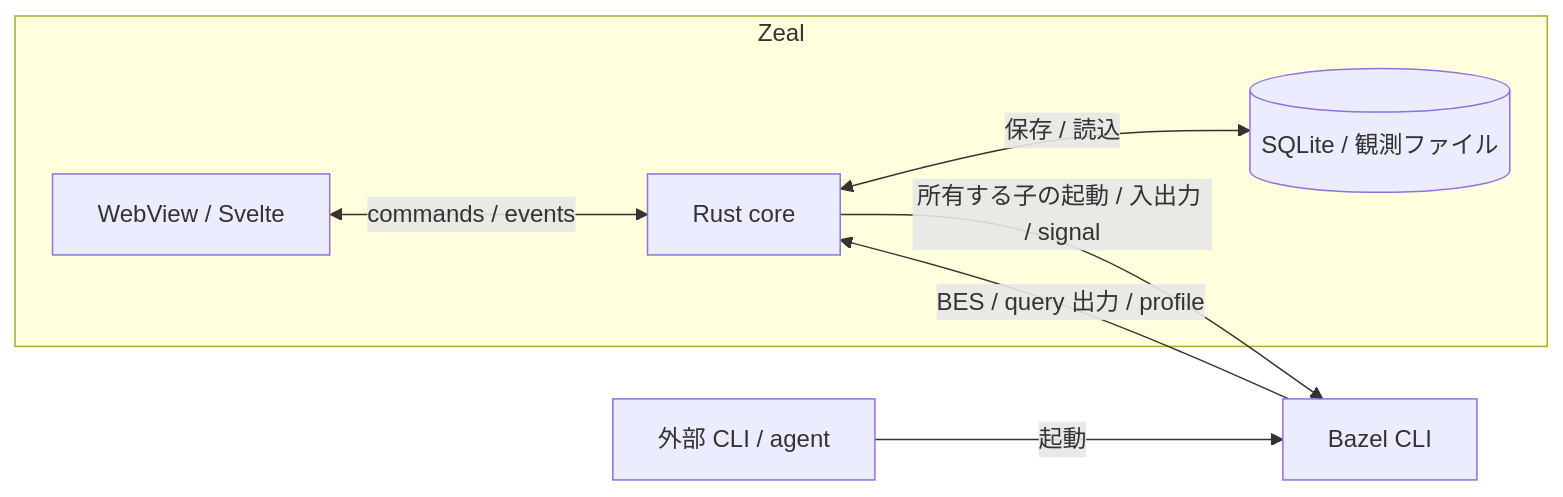
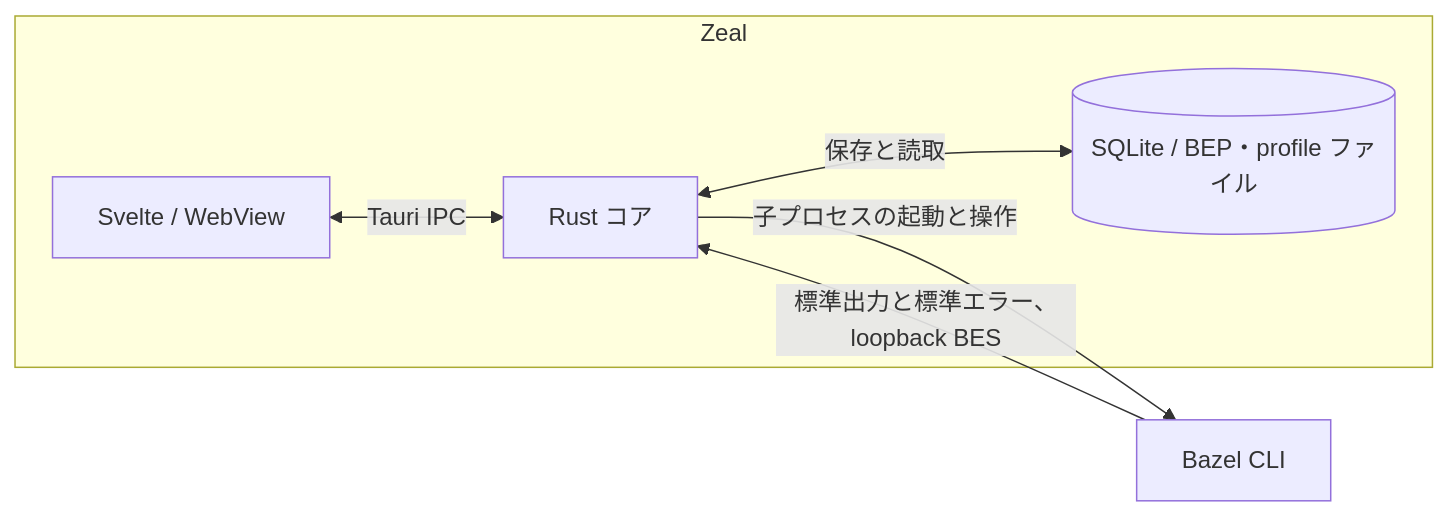
One commit to OhataKenji/zeal changed the second of 2 diagrams in docs/design/overview.md. Above: the diagram before and after it, drawn with Mermaid. The commit also changed other lines of this file and 13 other files, not shown here.

````diff
--- a/docs/design/overview.md
+++ b/docs/design/overview.md
@@ -47,10 +39,9 @@
 ```mermaid
 flowchart LR
-    subgraph Zeal
-        UI["WebView / Svelte"] <-->|"commands / events"| CORE["Rust core"]
-        CORE <-->|"保存 / 読込"| DATA[("SQLite / 観測ファイル")]
+    subgraph ZEAL["Zeal"]
+        UI["Svelte / WebView"] <-->|"Tauri IPC"| CORE["Rust コア"]
+        CORE <-->|"保存と読取"| STORE[("SQLite / BEP・profile ファイル")]
     end
-    CORE -->|"所有する子の起動 / 入出力 / signal"| BAZEL["Bazel CLI"]
-    BAZEL -->|"BES / query 出力 / profile"| CORE
-    EXTERNAL["外部 CLI / agent"] -->|"起動"| BAZEL
+    CORE -->|"子プロセスの起動と操作"| BAZEL["Bazel CLI"]
+    BAZEL -->|"標準出力と標準エラー、loopback BES"| CORE
 ```
````
